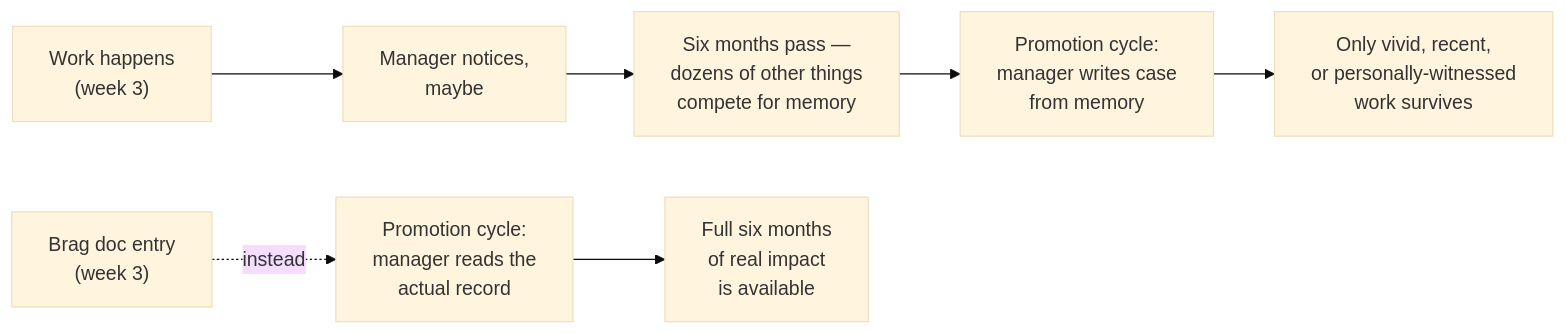
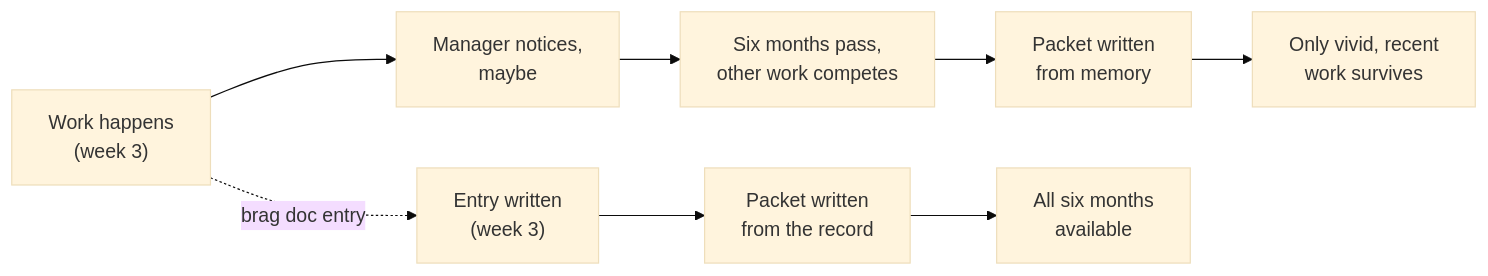
Before and after one commit to francoandreDev/knowledge: the diagram in src/content/career-craft/documentation-career-tool/L2-concept.mdx, drawn with Mermaid (base theme). The commit also changed other lines of this file and 3 other files, not shown here.

````diff
--- a/src/content/career-craft/documentation-career-tool/L2-concept.mdx
+++ b/src/content/career-craft/documentation-career-tool/L2-concept.mdx
@@ -33,9 +34,10 @@
 ```mermaid
 flowchart LR
-    A["Work happens\n(week 3)"] --> B["Manager notices,\nmaybe"]
-    B --> C["Six months pass —\ndozens of other things\ncompete for memory"]
-    C --> D["Promotion cycle:\nmanager writes case\nfrom memory"]
-    D --> E["Only vivid, recent,\nor personally-witnessed\nwork survives"]
-    F["Brag doc entry\n(week 3)"] -.->|"instead"| G["Promotion cycle:\nmanager reads the\nactual record"]
-    G --> H["Full six months\nof real impact\nis available"]
+    A["Work happens<br/>(week 3)"] --> B["Manager notices,<br/>maybe"]
+    B --> C["Six months pass,<br/>other work competes"]
+    C --> D["Packet written<br/>from memory"]
+    D --> E["Only vivid, recent<br/>work survives"]
+    A -.->|"brag doc entry"| F["Entry written<br/>(week 3)"]
+    F --> G["Packet written<br/>from the record"]
+    G --> H["All six months<br/>available"]
 ```
````
